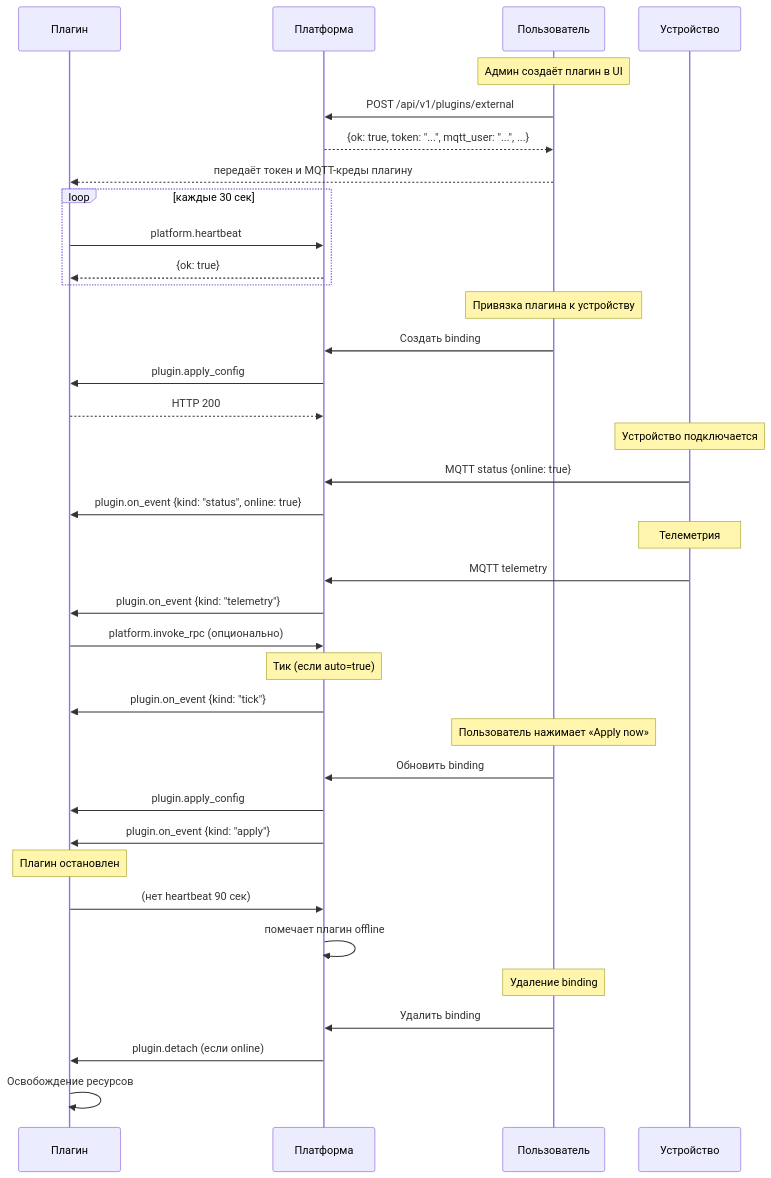
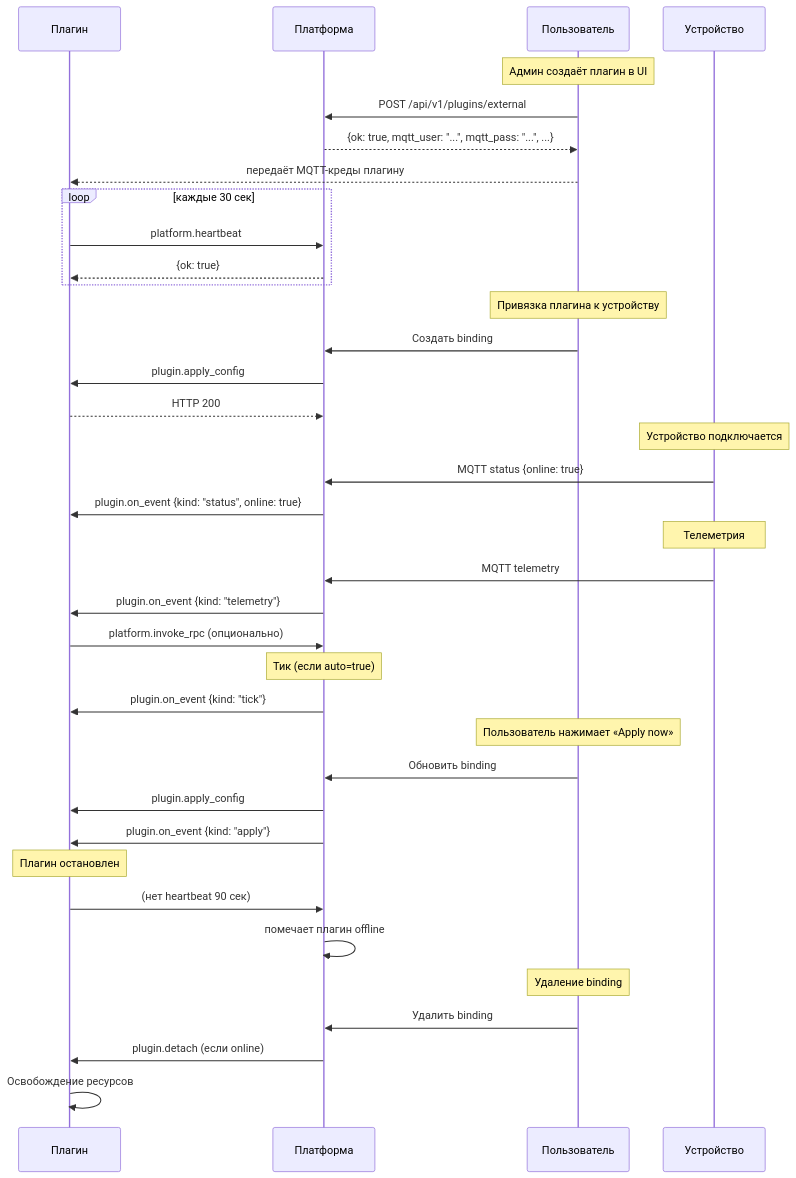
The sixth of 6 diagrams in docs/ru/08-external-plugins.md (darvik80/iot-platform-go), drawn with Mermaid before and after one commit. The commit also changed other lines of this file and 81 other files, not shown here.

````diff
--- a/docs/ru/08-external-plugins.md
+++ b/docs/ru/08-external-plugins.md
@@ -991,48 +1060,48 @@
 ```mermaid
 sequenceDiagram
     participant Pl as Плагин
     participant P as Платформа
     participant U as Пользователь
     participant D as Устройство
 
     Note over U: Админ создаёт плагин в UI
     U->>P: POST /api/v1/plugins/external
-    P-->>U: {ok: true, token: "...", mqtt_user: "...", ...}
-    U-->>Pl: передаёт токен и MQTT-креды плагину
+    P-->>U: {ok: true, mqtt_user: "...", mqtt_pass: "...", ...}
+    U-->>Pl: передаёт MQTT-креды плагину
 
     loop каждые 30 сек
         Pl->>P: platform.heartbeat
         P-->>Pl: {ok: true}
     end
 
     Note over U: Привязка плагина к устройству
     U->>P: Создать binding
     P->>Pl: plugin.apply_config
     Pl-->>P: HTTP 200
 
     Note over D: Устройство подключается
     D->>P: MQTT status {online: true}
     P->>Pl: plugin.on_event {kind: "status", online: true}
 
     Note over D: Телеметрия
     D->>P: MQTT telemetry
     P->>Pl: plugin.on_event {kind: "telemetry"}
     Pl->>P: platform.invoke_rpc (опционально)
 
     Note over P: Тик (если auto=true)
     P->>Pl: plugin.on_event {kind: "tick"}
 
     Note over U: Пользователь нажимает «Apply now»
     U->>P: Обновить binding
     P->>Pl: plugin.apply_config
     P->>Pl: plugin.on_event {kind: "apply"}
 
     Note over Pl: Плагин остановлен
     Pl->>P: (нет heartbeat 90 сек)
     P->>P: помечает плагин offline
 
     Note over U: Удаление binding
     U->>P: Удалить binding
     P->>Pl: plugin.detach (если online)
     Pl->>Pl: Освобождение ресурсов
 ```
````
